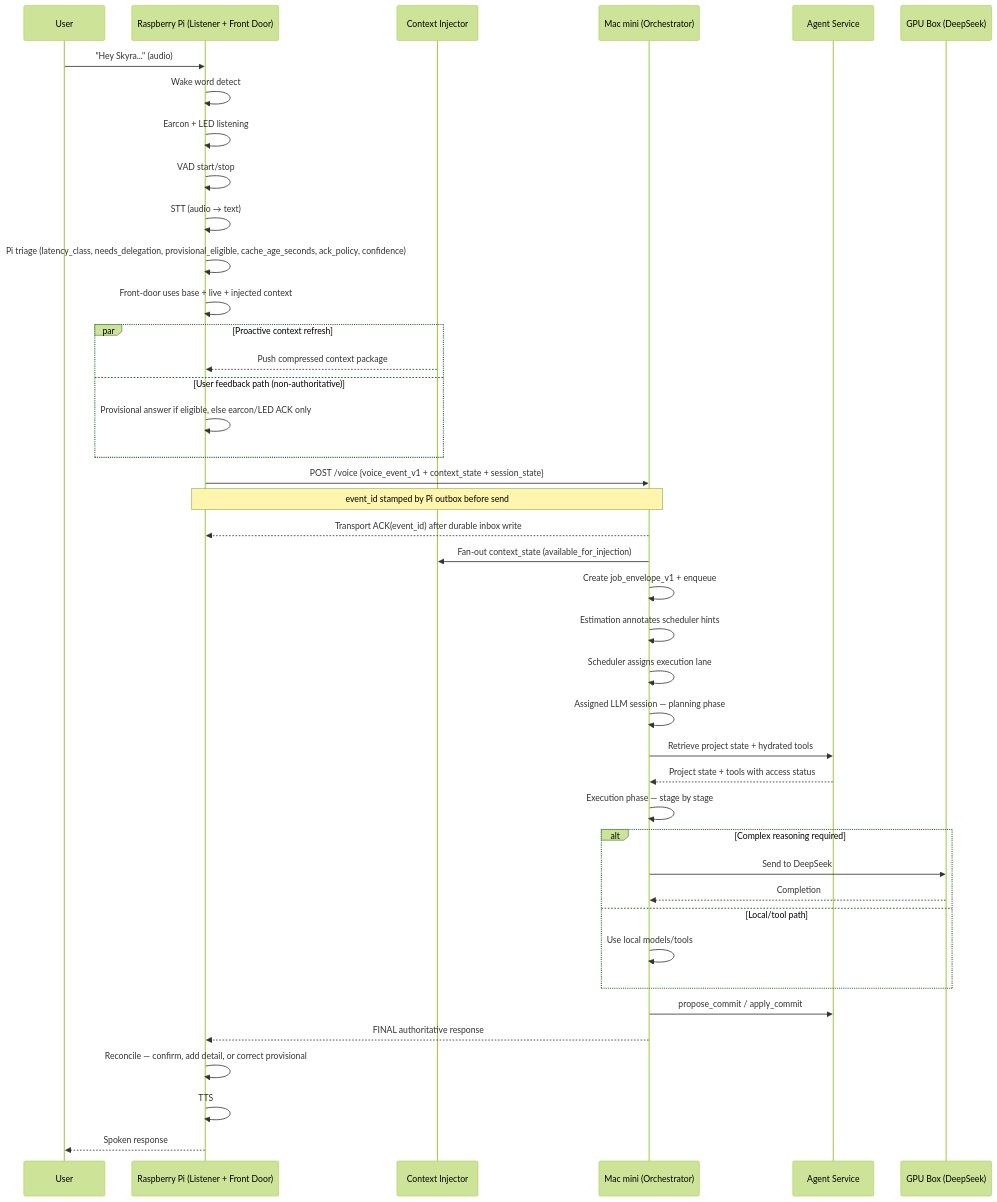
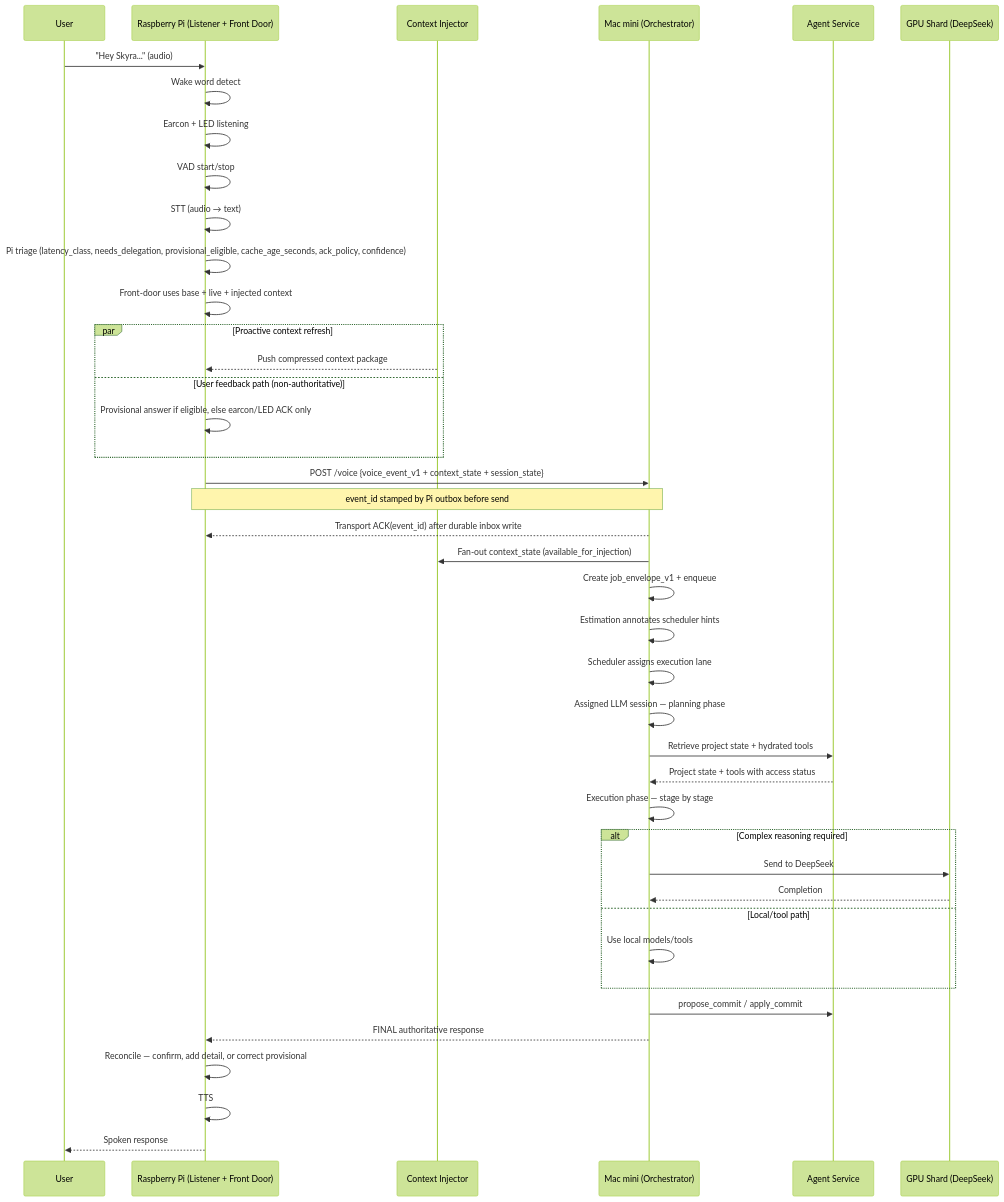
One commit to m-scanlon/tony-stark-was-able-tobuild-this-in-a-cave changed the third of 3 diagrams in docs/arch/v1/scyra.md. Above: the diagram before and after it, drawn with Mermaid (forest theme). The commit also changed other lines of this file and 5 other files, not shown here.

First line of the commit message:
Remove GPU as a separate architectural tier — GPU machines are Shards

````diff
--- a/docs/arch/v1/scyra.md
+++ b/docs/arch/v1/scyra.md
@@ -430,46 +430,46 @@
 ```mermaid
 sequenceDiagram
   participant User
   participant Pi as Raspberry Pi (Listener + Front Door)
   participant CIX as Context Injector
   participant Mac as Mac mini (Orchestrator)
   participant PROJ as Agent Service
-  participant GPU as GPU Box (DeepSeek)
+  participant GPU as GPU Shard (DeepSeek)
 
   User->>Pi: "Hey Skyra..." (audio)
   Pi->>Pi: Wake word detect
   Pi->>Pi: Earcon + LED listening
   Pi->>Pi: VAD start/stop
   Pi->>Pi: STT (audio → text)
   Pi->>Pi: Pi triage (latency_class, needs_delegation, provisional_eligible, cache_age_seconds, ack_policy, confidence)
   Pi->>Pi: Front-door uses base + live + injected context
   par Proactive context refresh
     CIX-->>Pi: Push compressed context package
   and User feedback path (non-authoritative)
     Pi->>Pi: Provisional answer if eligible, else earcon/LED ACK only
   end
 
   Pi->>Mac: POST /voice {voice_event_v1 + context_state + session_state}
   Note over Pi,Mac: event_id stamped by Pi outbox before send
   Mac-->>Pi: Transport ACK(event_id) after durable inbox write
   Mac->>CIX: Fan-out context_state (available_for_injection)
 
   Mac->>Mac: Create job_envelope_v1 + enqueue
   Mac->>Mac: Estimation annotates scheduler hints
   Mac->>Mac: Scheduler assigns execution lane
   Mac->>Mac: Assigned LLM session — planning phase
   Mac->>PROJ: Retrieve project state + hydrated tools
   PROJ-->>Mac: Project state + tools with access status
   Mac->>Mac: Execution phase — stage by stage
   alt Complex reasoning required
     Mac->>GPU: Send to DeepSeek
     GPU-->>Mac: Completion
   else Local/tool path
     Mac->>Mac: Use local models/tools
   end
   Mac->>PROJ: propose_commit / apply_commit
   Mac-->>Pi: FINAL authoritative response
   Pi->>Pi: Reconcile — confirm, add detail, or correct provisional
   Pi->>Pi: TTS
   Pi-->>User: Spoken response
 ```
````
